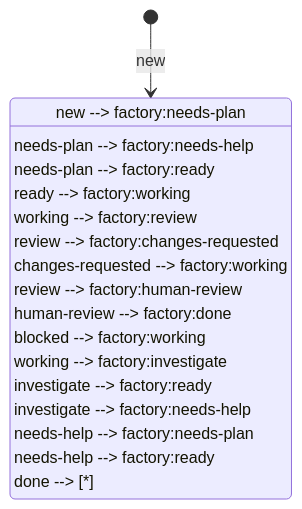
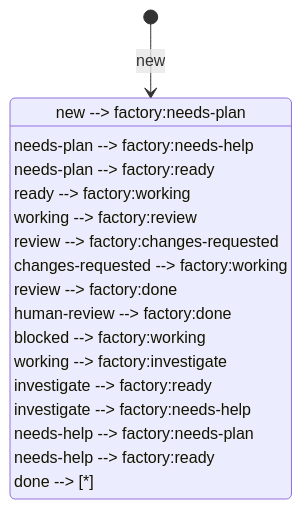
One commit to bin0110001/cezar-factory changed the diagram in docs/lifecycle.md. Above: the diagram before and after it, drawn with Mermaid. The commit also changed other lines of this file and 42 other files, not shown here.

````diff
--- a/docs/lifecycle.md
+++ b/docs/lifecycle.md
@@ -23,20 +23,20 @@
 ```mermaid
 stateDiagram-v2
     [*] --> factory:new
     factory:new --> factory:needs-plan
     factory:needs-plan --> factory:needs-help
     factory:needs-plan --> factory:ready
     factory:ready --> factory:working
     factory:working --> factory:review
     factory:review --> factory:changes-requested
     factory:changes-requested --> factory:working
-    factory:review --> factory:human-review
+    factory:review --> factory:done
     factory:human-review --> factory:done
     factory:blocked --> factory:working
     factory:working --> factory:investigate
     factory:investigate --> factory:ready
     factory:investigate --> factory:needs-help
     factory:needs-help --> factory:needs-plan
     factory:needs-help --> factory:ready
     factory:done --> [*]
 ```
````
